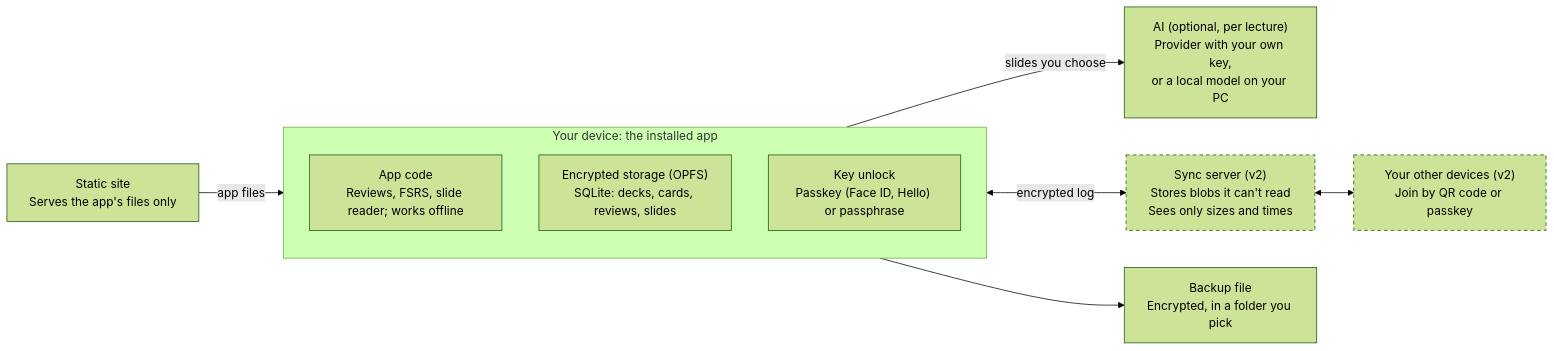
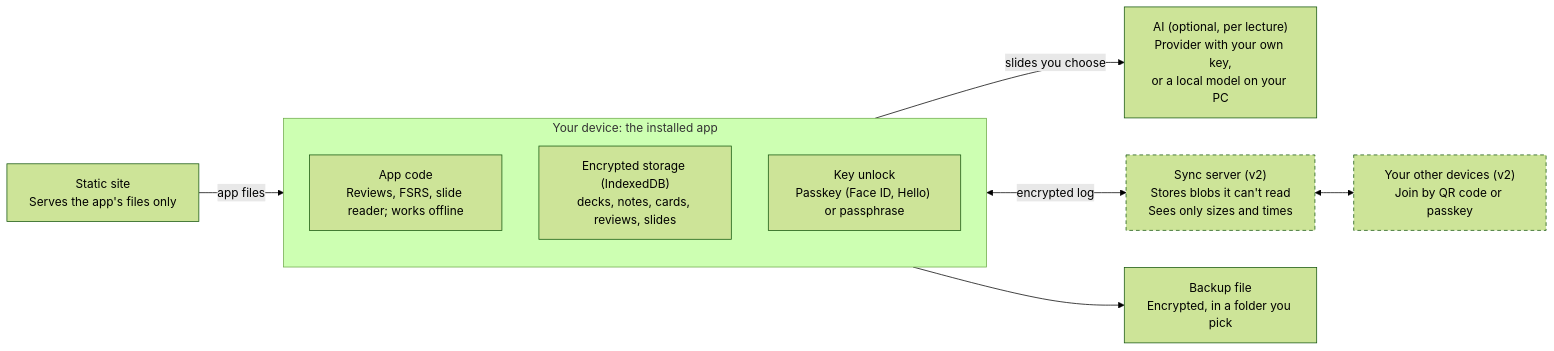
The diagram in docs/DESIGN.md (EassunKim/AW-Study), drawn with Mermaid (forest theme) before and after one commit. The commit also changed other lines of this file and 14 other files, not shown here.

First line of the commit message:
#6 data layer: IndexedDB StudyStore with change log; SQLite dropped

````diff
--- a/docs/DESIGN.md
+++ b/docs/DESIGN.md
@@ -191,20 +191,20 @@
 ```mermaid
 flowchart LR
     subgraph device["Your device: the installed app"]
         app["App code<br/>Reviews, FSRS, slide reader; works offline"]
-        storage["Encrypted storage (OPFS)<br/>SQLite: decks, cards, reviews, slides"]
+        storage["Encrypted storage (IndexedDB)<br/>decks, notes, cards, reviews, slides"]
         key["Key unlock<br/>Passkey (Face ID, Hello) or passphrase"]
     end
     site["Static site<br/>Serves the app's files only"]
     ai["AI (optional, per lecture)<br/>Provider with your own key,<br/>or a local model on your PC"]
     sync["Sync server (v2)<br/>Stores blobs it can't read<br/>Sees only sizes and times"]
     other["Your other devices (v2)<br/>Join by QR code or passkey"]
     backup["Backup file<br/>Encrypted, in a folder you pick"]
     site -->|"app files"| device
     device -->|"slides you choose"| ai
     device <-->|"encrypted log"| sync
     sync <--> other
     device --> backup
     classDef v2 stroke-dasharray: 5 4
     class sync,other v2
 ```
````
